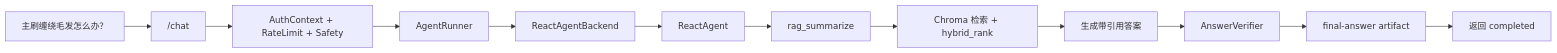
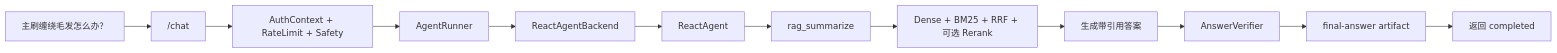
Diagram 17 of 20 in README.md (sleeping-Zack/agentproject), drawn with Mermaid before and after one commit. The commit also changed other lines of this file and 8 other files, not shown here.

````diff
--- a/README.md
+++ b/README.md
@@ -720,14 +719,14 @@
 ```mermaid
 flowchart LR
     User["主刷缠绕毛发怎么办？"] --> API["/chat"]
     API --> Auth["AuthContext + RateLimit + Safety"]
     Auth --> Runner["AgentRunner"]
     Runner --> Backend["ReactAgentBackend"]
     Backend --> Agent["ReactAgent"]
     Agent --> Tool["rag_summarize"]
-    Tool --> RAG["Chroma 检索 + hybrid_rank"]
+    Tool --> RAG["Dense + BM25 + RRF + 可选 Rerank"]
     RAG --> Answer["生成带引用答案"]
     Answer --> Verifier["AnswerVerifier"]
     Verifier --> Artifact["final-answer artifact"]
     Artifact --> Resp["返回 completed"]
 ```
````
